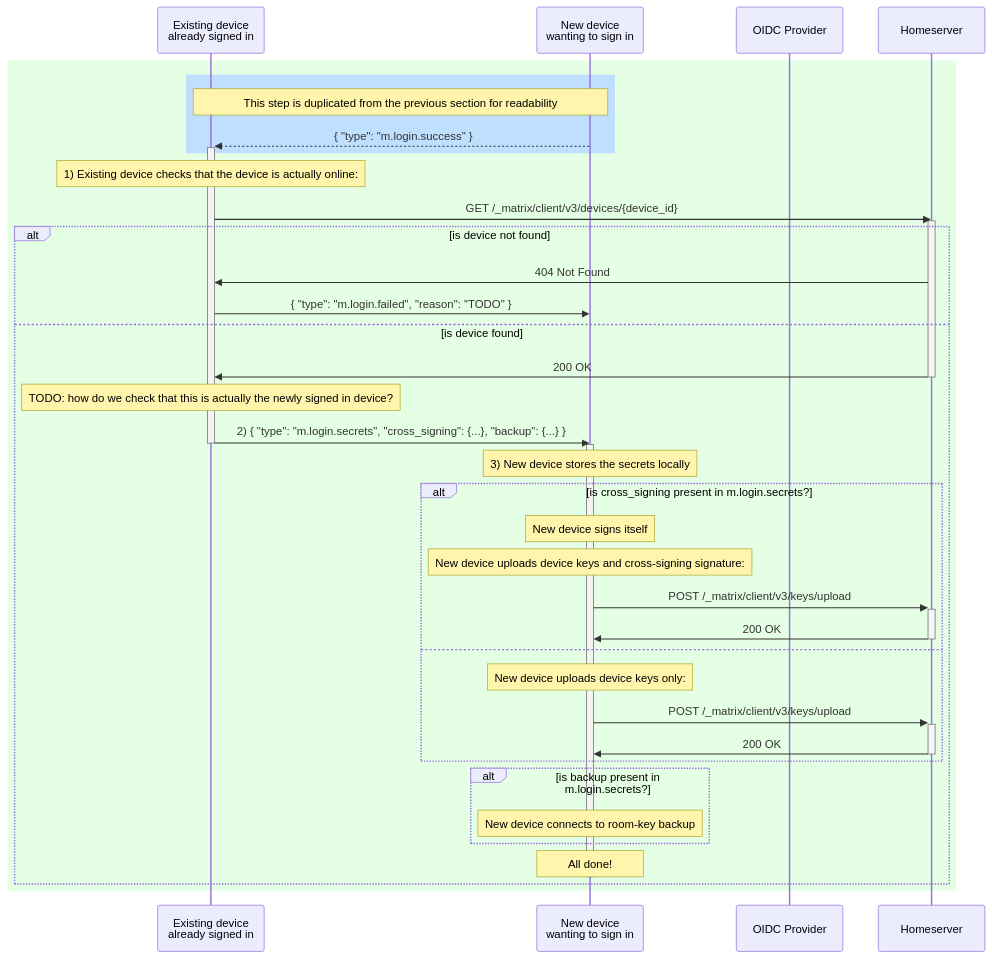
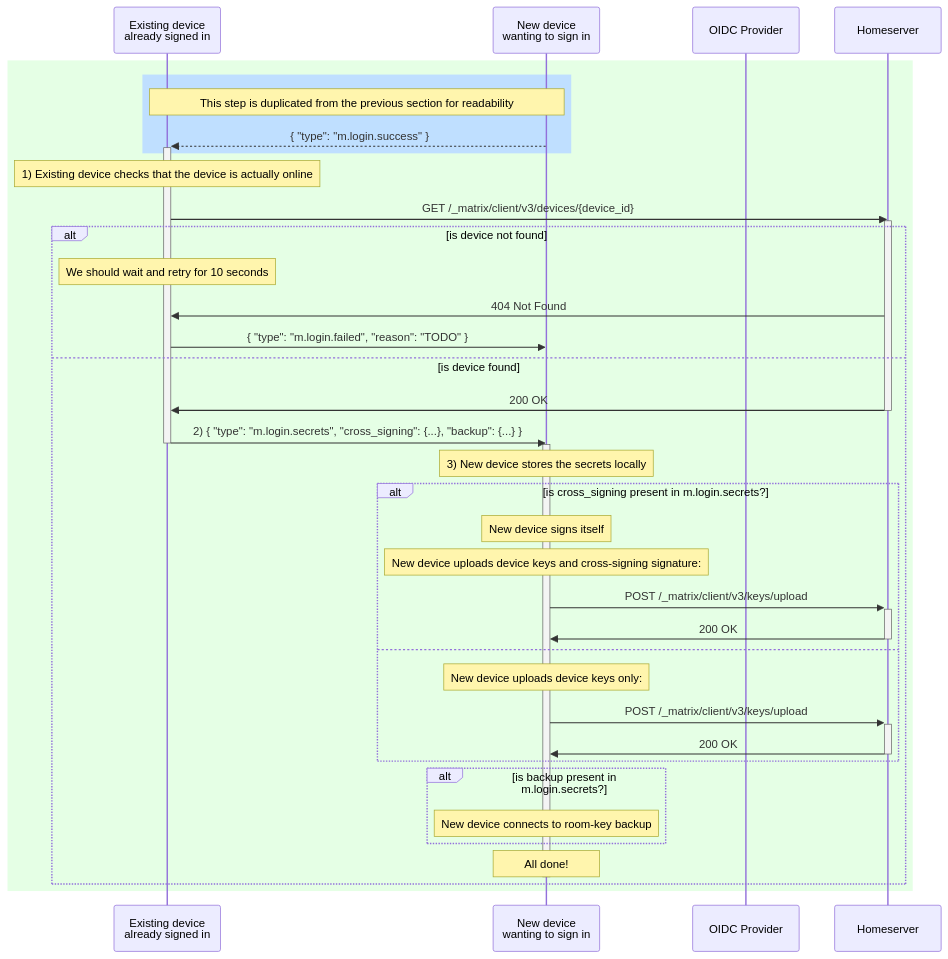
The sixth of 6 diagrams in proposals/4108-oidc-qr-login.md (matrix-org/matrix-spec-proposals), drawn with Mermaid before and after one commit. The commit also changed other lines of this file, not shown here.

Commit message:
Resolve some more TODOs

````diff
--- a/proposals/4108-oidc-qr-login.md
+++ b/proposals/4108-oidc-qr-login.md
@@ -1083,54 +1083,51 @@
 ```mermaid
 sequenceDiagram
     participant E as Existing device <br>already signed in
     participant N as New device <br>wanting to sign in
     participant OP as OIDC Provider
     participant HS as Homeserver
 
     rect rgba(0,255,0, 0.1)
-
             rect rgb(191, 223, 255)
 note over N,E: This step is duplicated from the previous section for readability
               N-->>+E: { "type": "m.login.success" }
             end
 
-            Note over E: 1) Existing device checks that the device is actually online:
-
+            Note over E: 1) Existing device checks that the device is actually online
             E->>HS: GET /_matrix/client/v3/devices/{device_id}
 activate HS
 
             alt is device not found
+              note over E: We should wait and retry for 10 seconds
               HS->>E: 404 Not Found
               E->>N: { "type": "m.login.failed", "reason": "TODO" }
             else is device found
               HS->>E: 200 OK
 deactivate HS
-
-Note over E: TODO: how do we check that this is actually the newly signed in device?
 
               E->>-N: 2) { "type": "m.login.secrets", "cross_signing": {...}, "backup": {...} }
 
               activate N
               note over N: 3) New device stores the secrets locally
               
 alt is cross_signing present in m.login.secrets?
 note over N: New device signs itself
               note over N: New device uploads device keys and cross-signing signature:
               N->>+HS: POST /_matrix/client/v3/keys/upload
               HS->>-N: 200 OK
 
 else
               note over N: New device uploads device keys only:
               N->>+HS: POST /_matrix/client/v3/keys/upload
               HS->>-N: 200 OK
 end
 
 alt is backup present in m.login.secrets?
               note over N: New device connects to room-key backup
 end
 
 note over N: All done!
               deactivate N
             end
     end
 ```
````
